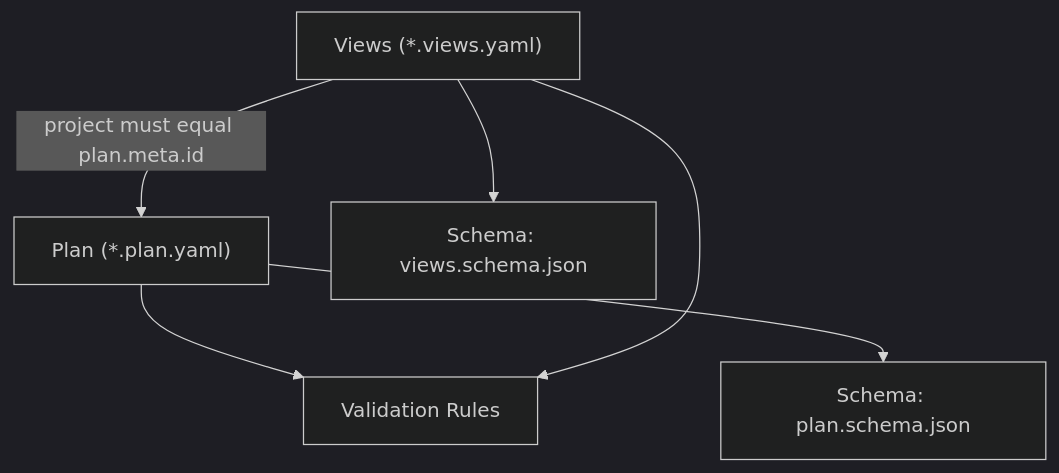
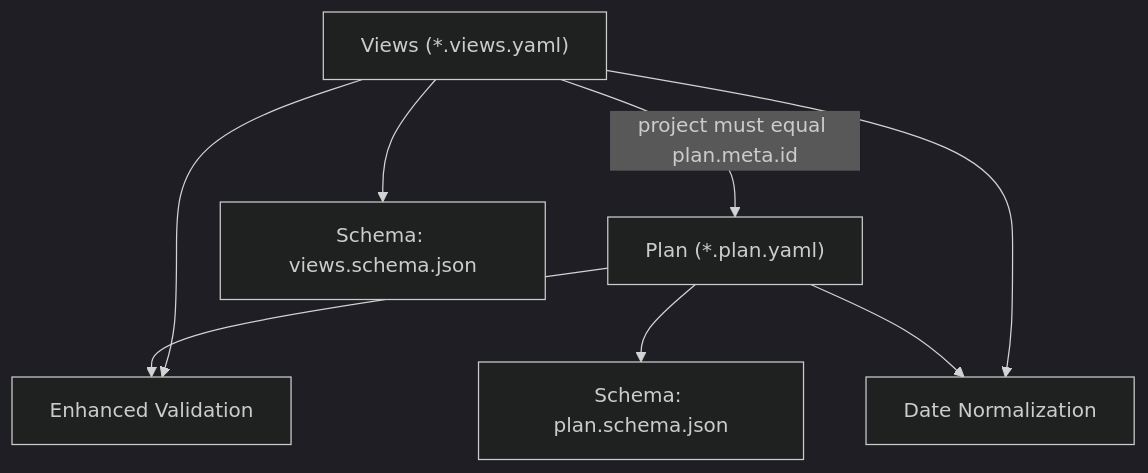
One commit to asukhodko/opskarta changed the second of 5 diagrams in .qoder/repowiki/en/content/Specification Reference/File Formats/File Formats.md. Above: the diagram before and after it, drawn with Mermaid (dark theme). The commit also changed other lines of this file and 4 other files, not shown here.

````diff
--- a/.qoder/repowiki/en/content/Specification Reference/File Formats/File Formats.md
+++ b/.qoder/repowiki/en/content/Specification Reference/File Formats/File Formats.md
@@ -130,13 +135,16 @@
 ```mermaid
 graph TB
 P["Plan (*.plan.yaml)"]
 V["Views (*.views.yaml)"]
 S_P["Schema: plan.schema.json"]
 S_V["Schema: views.schema.json"]
-VLD["Validation Rules"]
+VLD["Enhanced Validation"]
+NORM["Date Normalization"]
 P --> S_P
 V --> S_V
 P --> VLD
 V --> VLD
 V --> |"project must equal plan.meta.id"| P
+P --> NORM
+V --> NORM
 ```
````
